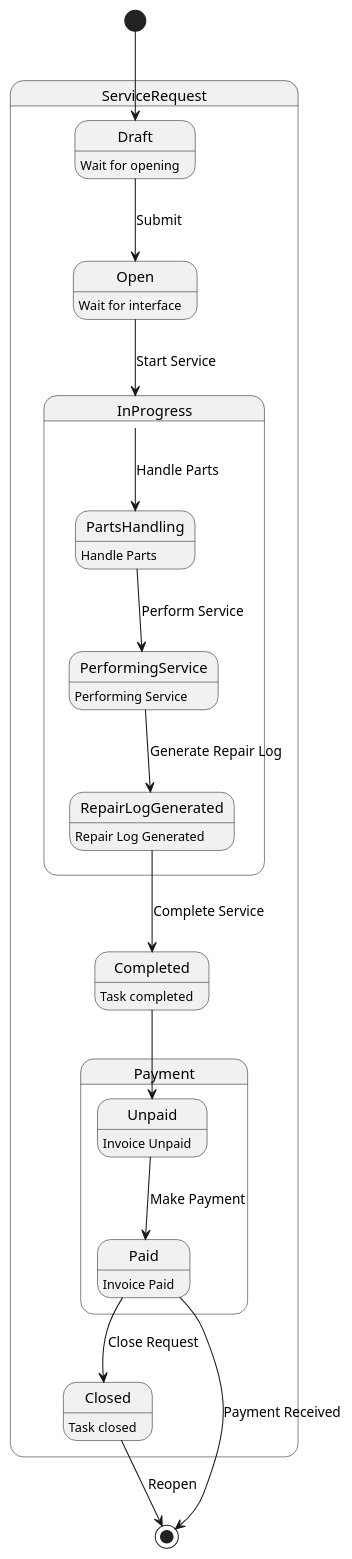
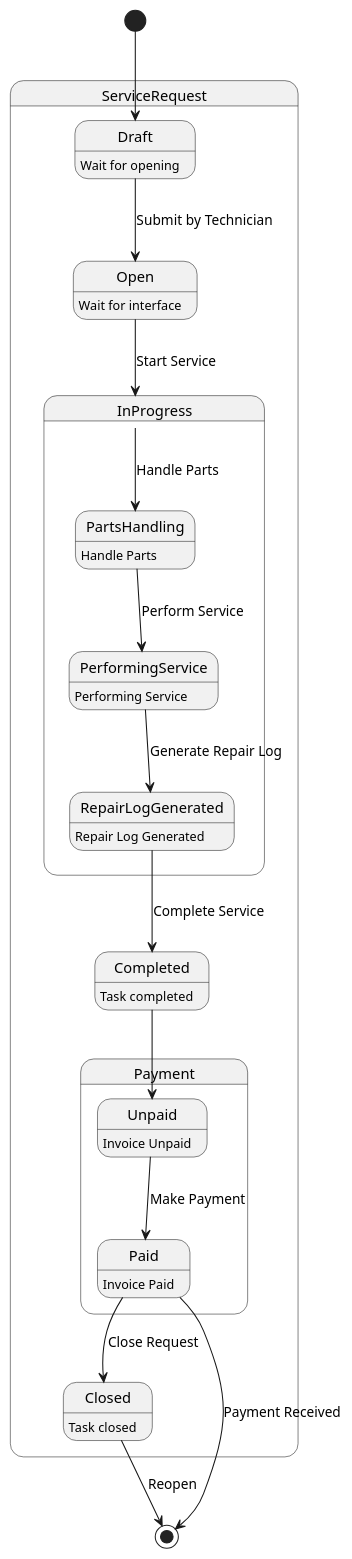
The diagram in umlDiagrams/computer_service_state_diagram.plantuml (Fluorky/Computer-Service-Django-Api), drawn with PlantUML before and after one commit. The commit also changed 1 other file, not shown here.

Commit message:
Update plantuml diagrams

```diff
--- a/umlDiagrams/computer_service_state_diagram.plantuml
+++ b/umlDiagrams/computer_service_state_diagram.plantuml
@@ -1,34 +1,34 @@
 @startuml
 
 state ServiceRequest {
   state Draft : Wait for opening
   state Open : Wait for interface 
   state Payment {
     Unpaid: Invoice Unpaid
     Paid : Invoice Paid
   }
   state InProgress {
   PartsHandling : Handle Parts
   PerformingService : Performing Service
   RepairLogGenerated : Repair Log Generated
   }
   state Completed : Task completed
   
   state Closed : Task closed
 }
 
 [*] --> Draft
-Draft --> Open: Submit
+Draft --> Open: Submit by Technician
 Open --> InProgress: Start Service
 InProgress --> PartsHandling: Handle Parts
 PartsHandling --> PerformingService: Perform Service
 PerformingService --> RepairLogGenerated: Generate Repair Log
 RepairLogGenerated --> Completed: Complete Service
 Completed --> Unpaid
 Paid --> Closed: Close Request
 Closed --> [*]: Reopen
 
 Unpaid --> Paid: Make Payment
 Paid --> [*]: Payment Received
 
 @enduml
```
